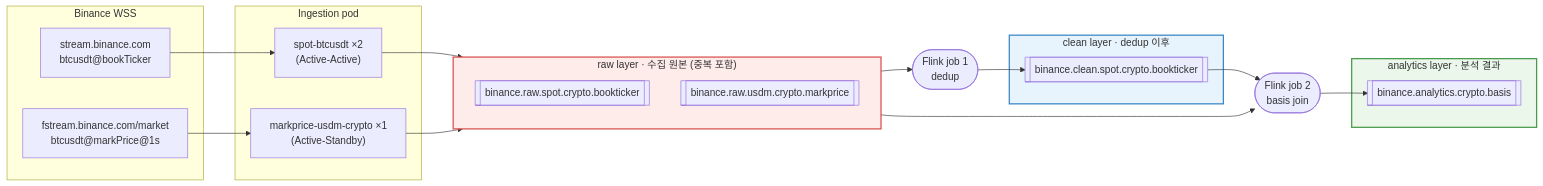
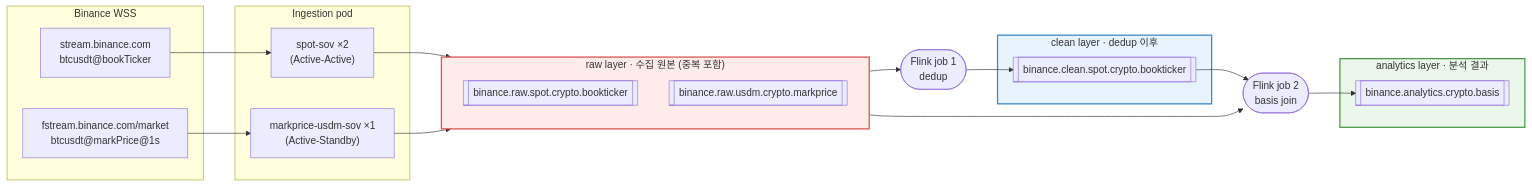
The diagram in plan/topic/insight_1_plan.md (donghee-kim775/binance-project), drawn with Mermaid before and after one commit. The commit also changed other lines of this file and 31 other files, not shown here.

````diff
--- a/plan/topic/insight_1_plan.md
+++ b/plan/topic/insight_1_plan.md
@@ -12,38 +12,38 @@
 ```mermaid
 flowchart LR
     subgraph WSS["Binance WSS"]
         S["stream.binance.com<br/>btcusdt@bookTicker"]
         F["fstream.binance.com/market<br/>btcusdt@markPrice@1s"]
     end
 
     subgraph ING["Ingestion pod"]
-        P1["spot-btcusdt ×2<br/>(Active-Active)"]
-        P2["markprice-usdm-crypto ×1<br/>(Active-Standby)"]
+        P1["spot-sov ×2<br/>(Active-Active)"]
+        P2["markprice-usdm-sov ×1<br/>(Active-Standby)"]
     end
 
     subgraph RAW["raw layer · 수집 원본 (중복 포함)"]
         direction TB
         T1[["binance.raw.spot.crypto.bookticker"]]
         T3[["binance.raw.usdm.crypto.markprice"]]
     end
 
     J1(["Flink job 1<br/>dedup"])
 
     subgraph CLEAN["clean layer · dedup 이후"]
         T2[["binance.clean.spot.crypto.bookticker"]]
     end
 
     J2(["Flink job 2<br/>basis join"])
 
     subgraph ANALYTICS["analytics layer · 분석 결과"]
         T4[["binance.analytics.crypto.basis"]]
     end
 
     S --> P1 --> T1 --> J1 --> T2 --> J2
     F --> P2 --> T3 --> J2
     J2 --> T4
 
     style RAW fill:#fdecea,stroke:#d9534f,stroke-width:2px
     style CLEAN fill:#e8f4fd,stroke:#3a87c8,stroke-width:2px
     style ANALYTICS fill:#eaf7ea,stroke:#4a9a4a,stroke-width:2px
 ```
````
